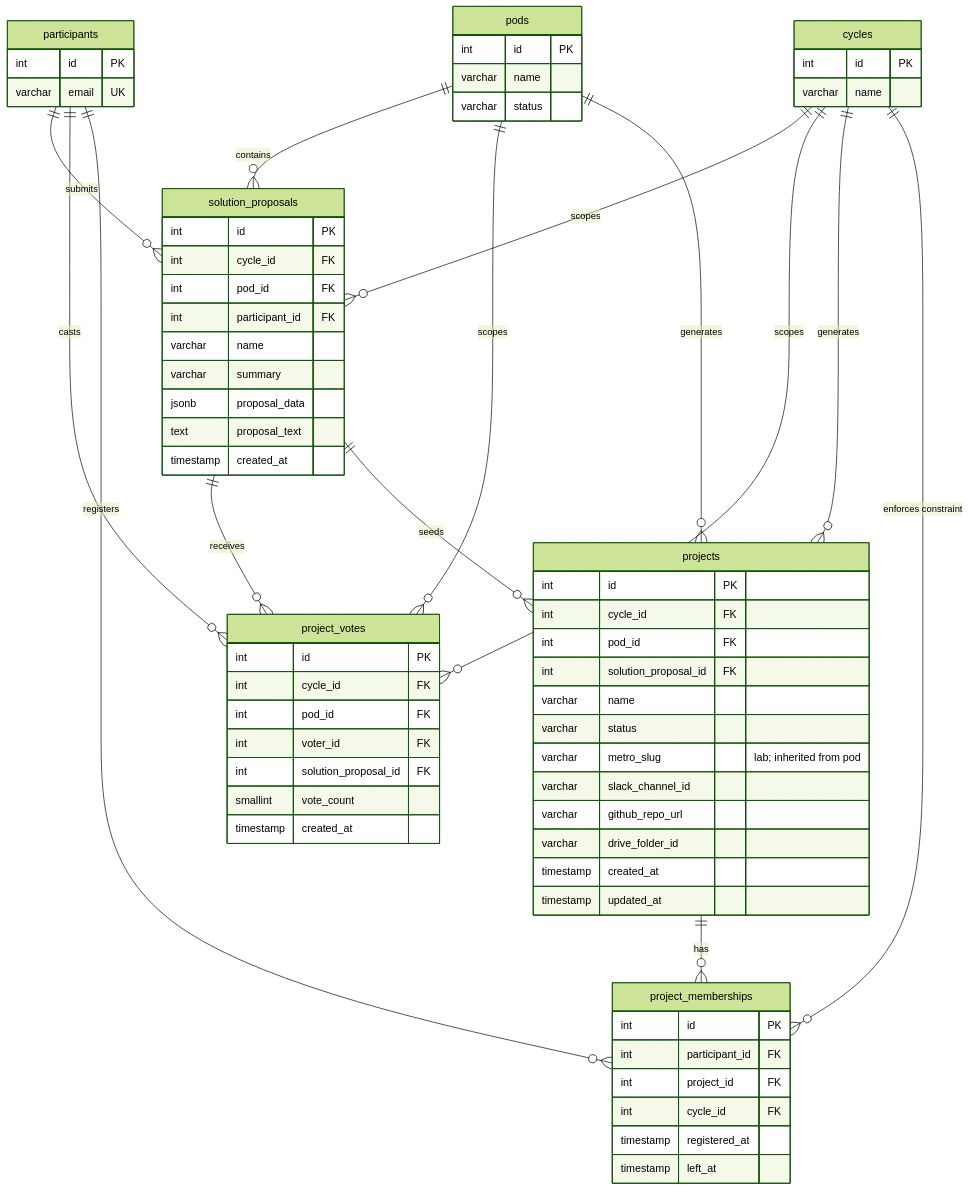
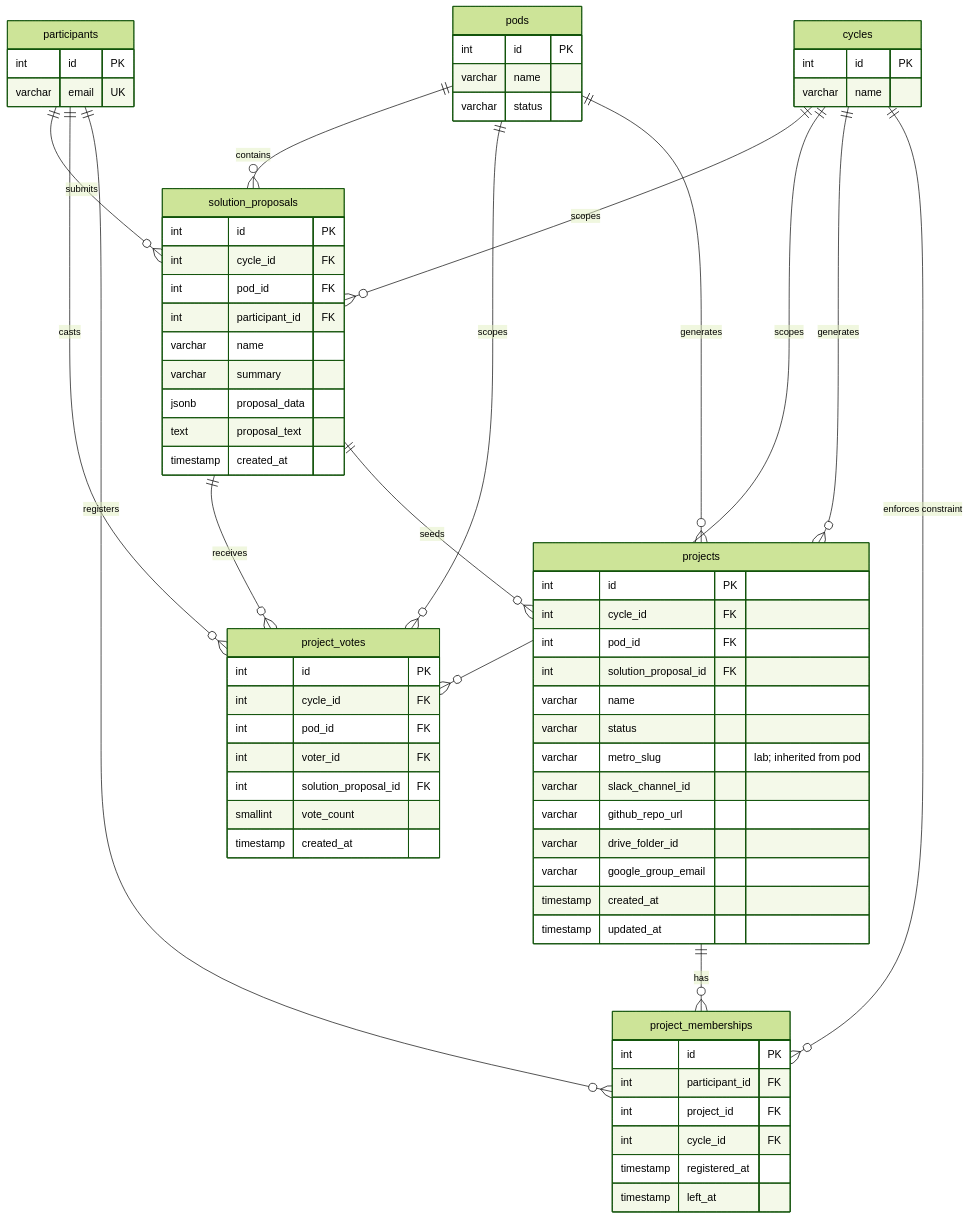
Before and after one commit to TheUpskillingLabs/OLOS: the fifth of 6 diagrams in SCHEMA.md, drawn with Mermaid (forest theme). The commit also changed other lines of this file and 6 other files, not shown here.

````diff
--- a/SCHEMA.md
+++ b/SCHEMA.md
@@ -380,78 +379,79 @@
 ```mermaid
 erDiagram
     cycles {
         int id PK
         varchar name
     }
 
     participants {
         int id PK
         varchar email UK
     }
 
     pods {
         int id PK
         varchar name
         varchar status
     }
 
     solution_proposals {
         int id PK
         int cycle_id FK
         int pod_id FK
         int participant_id FK
         varchar name
         varchar summary
         jsonb proposal_data
         text proposal_text
         timestamp created_at
     }
 
     project_votes {
         int id PK
         int cycle_id FK
         int pod_id FK
         int voter_id FK
         int solution_proposal_id FK
         smallint vote_count
         timestamp created_at
     }
 
     projects {
         int id PK
         int cycle_id FK
         int pod_id FK
         int solution_proposal_id FK
         varchar name
         varchar status
         varchar metro_slug "lab; inherited from pod"
         varchar slack_channel_id
         varchar github_repo_url
         varchar drive_folder_id
+        varchar google_group_email
         timestamp created_at
         timestamp updated_at
     }
 
     project_memberships {
         int id PK
         int participant_id FK
         int project_id FK
         int cycle_id FK
         timestamp registered_at
         timestamp left_at
     }
 
     pods ||--o{ solution_proposals : "contains"
     participants ||--o{ solution_proposals : "submits"
     cycles ||--o{ solution_proposals : "scopes"
     solution_proposals ||--o{ project_votes : "receives"
     participants ||--o{ project_votes : "casts"
     pods ||--o{ project_votes : "scopes"
     cycles ||--o{ project_votes : "scopes"
     solution_proposals ||--o{ projects : "seeds"
     pods ||--o{ projects : "generates"
     cycles ||--o{ projects : "generates"
     projects ||--o{ project_memberships : "has"
     participants ||--o{ project_memberships : "registers"
     cycles ||--o{ project_memberships : "enforces constraint"
 ```
````
